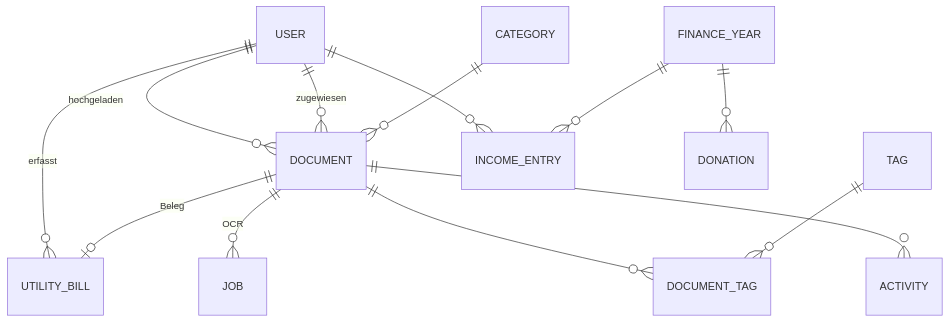
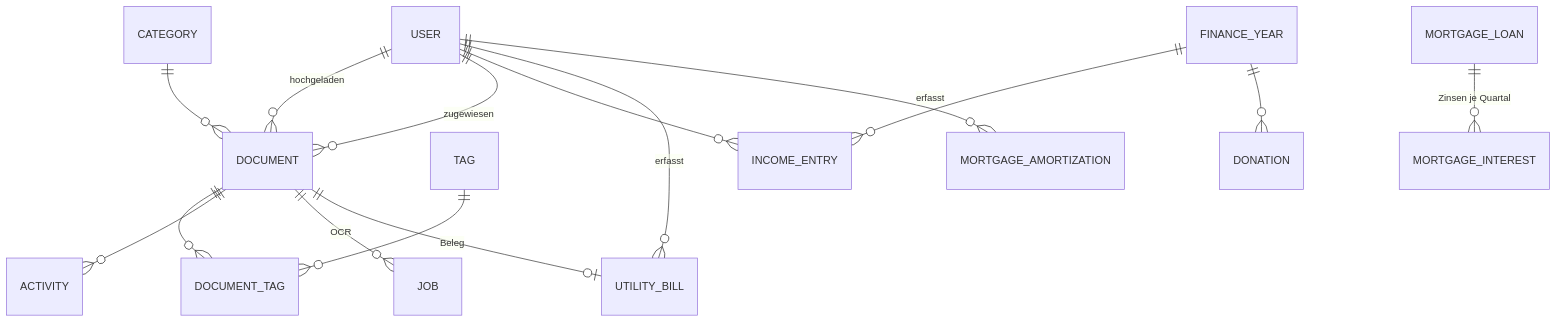
The second of 4 diagrams in docs/KONZEPT.md (vonallmenalain/manager), drawn with Mermaid before and after one commit. The commit also changed other lines of this file and 24 other files, not shown here.

````diff
--- a/docs/KONZEPT.md
+++ b/docs/KONZEPT.md
@@ -169,15 +169,17 @@
 ```mermaid
 erDiagram
     USER ||--o{ DOCUMENT : "hochgeladen"
     USER ||--o{ DOCUMENT : "zugewiesen"
     CATEGORY ||--o{ DOCUMENT : ""
     DOCUMENT ||--o{ DOCUMENT_TAG : ""
     TAG ||--o{ DOCUMENT_TAG : ""
     DOCUMENT ||--o{ ACTIVITY : ""
     DOCUMENT ||--o{ JOB : "OCR"
     USER ||--o{ INCOME_ENTRY : ""
     FINANCE_YEAR ||--o{ INCOME_ENTRY : ""
     FINANCE_YEAR ||--o{ DONATION : ""
     USER ||--o{ UTILITY_BILL : "erfasst"
     DOCUMENT ||--o| UTILITY_BILL : "Beleg"
+    MORTGAGE_LOAN ||--o{ MORTGAGE_INTEREST : "Zinsen je Quartal"
+    USER ||--o{ MORTGAGE_AMORTIZATION : "erfasst"
 ```
````
